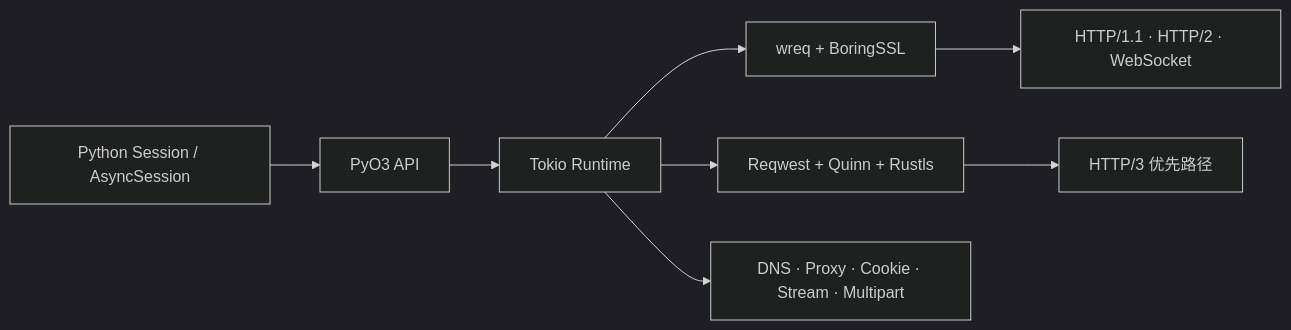
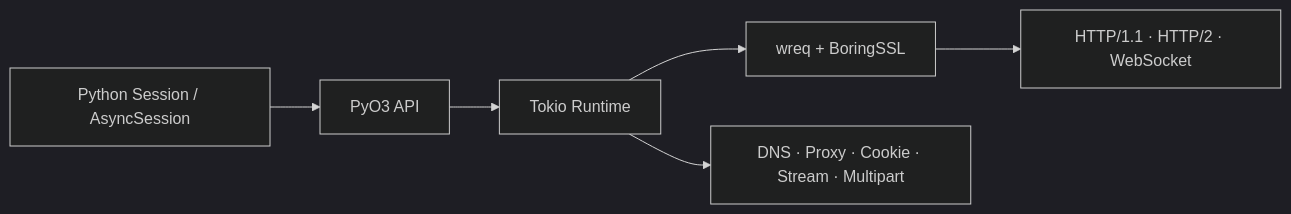
The diagram in README.md (zt1901/requests-rs), drawn with Mermaid (dark theme) before and after one commit. The commit also changed other lines of this file and 124 other files, not shown here.

````diff
--- a/README.md
+++ b/README.md
@@ -147,10 +146,8 @@
 ```mermaid
 flowchart LR
     A[Python Session / AsyncSession] --> B[PyO3 API]
     B --> C[Tokio Runtime]
     C --> D[wreq + BoringSSL]
-    C --> E[Reqwest + Quinn + Rustls]
     D --> F[HTTP/1.1 · HTTP/2 · WebSocket]
-    E --> G[HTTP/3 优先路径]
     C --> H[DNS · Proxy · Cookie · Stream · Multipart]
 ```
````
